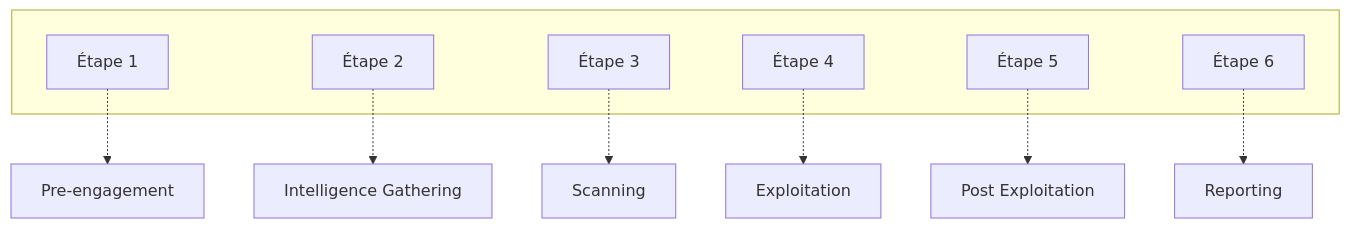
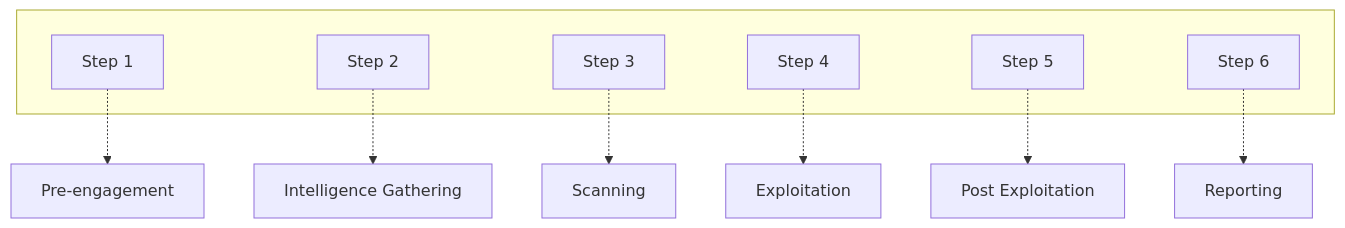
One commit to FenrirSec/Documentation changed the diagram in Pentest-Methodology-Fenrir.md. Above: the diagram before and after it, drawn with Mermaid. The commit also changed other lines of this file, not shown here.

````diff
--- a/Pentest-Methodology-Fenrir.md
+++ b/Pentest-Methodology-Fenrir.md
@@ -12,25 +12,25 @@
 ```mermaid
 graph TD
     subgraph  
-        L1["Étape 1"]
-        L2["Étape 2"]
-        L3["Étape 3"]
-        L4["Étape 4"]
-        L5["Étape 5"]
-        L6["Étape 6"]
+        L1["Step 1"]
+        L2["Step 2"]
+        L3["Step 3"]
+        L4["Step 4"]
+        L5["Step 5"]
+        L6["Step 6"]
     end
     
     A[Pre-engagement] 
     B[Intelligence Gathering] 
     C[Scanning]
     D[Exploitation]
     E[Post Exploitation] 
     F[Reporting]
 
     L1 -.-> A
     L2 -.-> B
     L3 -.-> C
     L4 -.-> D
     L5 -.-> E
     L6 -.-> F
 ```
````
